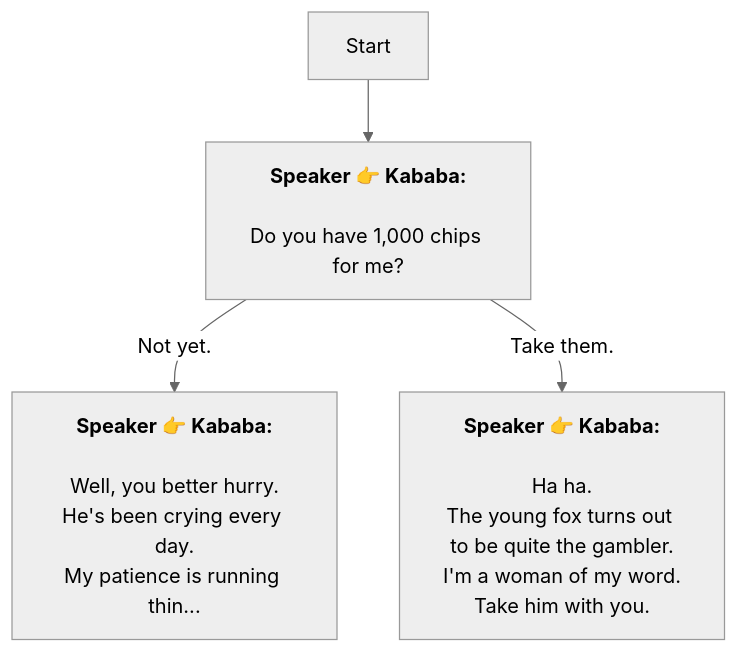
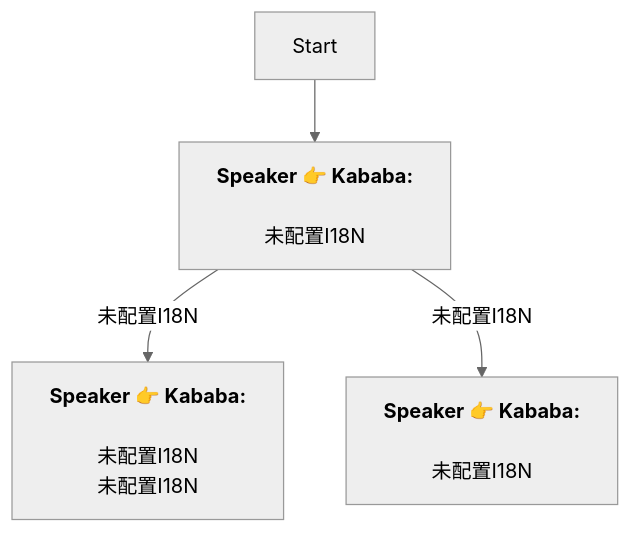
One commit to SoftHu/tos_avg changed the diagram in En/QuestTalkStarterNode_1766068649783095.md. Above: the diagram before and after it, drawn with Mermaid (neutral theme). The commit also changed 780 other files, not shown here.

````diff
--- a/En/QuestTalkStarterNode_1766068649783095.md
+++ b/En/QuestTalkStarterNode_1766068649783095.md
@@ -1,14 +1,10 @@
 ```mermaid
 graph
 Start -->1766069332868924[<b>Speaker 👉 Kababa:</b>
-\nDo you have 1,000 chips for me?]
-1766069332868924 -->|Not yet.|1766069381791554[<b>Speaker 👉 Kababa:</b>
-\nWell, you better hurry.
-He's been crying every day.
-My patience is running thin...]
-1766069332868924 -->|Take them.|1766069413329731[<b>Speaker 👉 Kababa:</b>
-\nHa ha.
-The young fox turns out to be quite the gambler.\nI'm a woman of my word.
-Take him with you.]
+\n未配置I18N]
+1766069332868924 -->|未配置I18N|1766069413329731[<b>Speaker 👉 Kababa:</b>
+\n未配置I18N\n未配置I18N]
+1766069332868924 -->|未配置I18N|1766069381791554[<b>Speaker 👉 Kababa:</b>
+\n未配置I18N]
 
 ```
````
